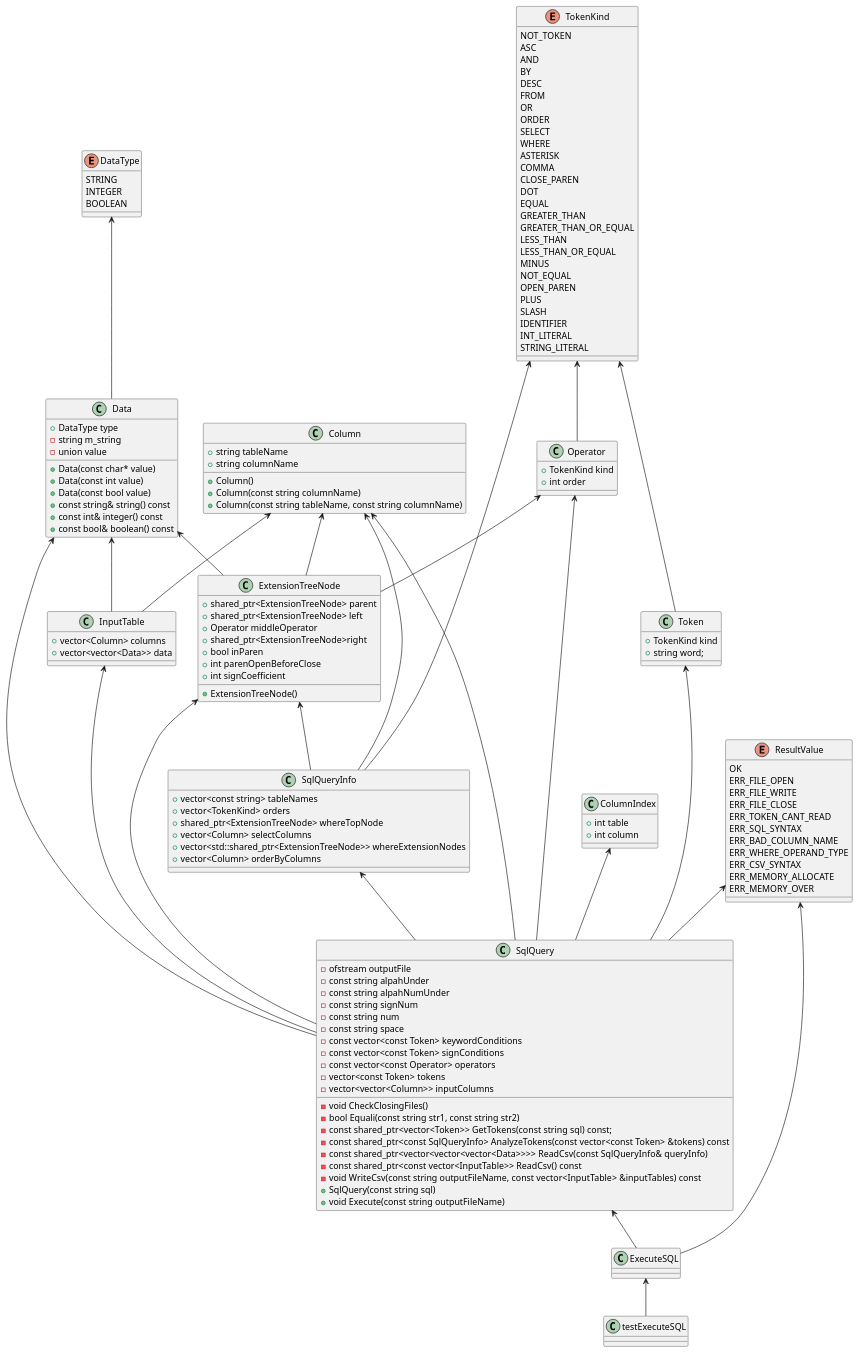
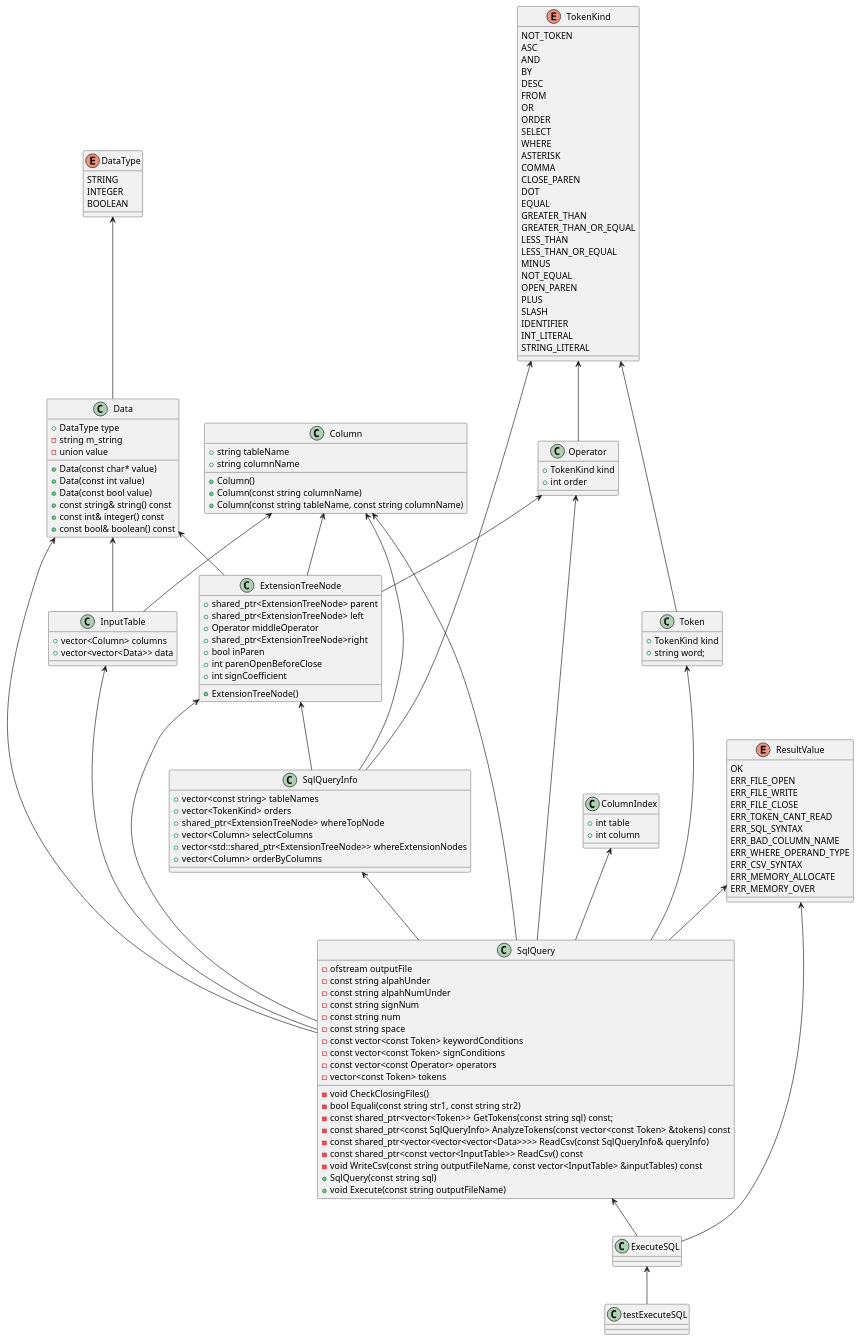
One commit to yotten/TinySQL changed the diagram in ExecuteSQL.pu. Above: the diagram before and after it, drawn with PlantUML. The commit also changed 1 other file, not shown here.

Commit message:
141.SqlQueryのインターフェースのconstの見直し3(inputColumns削除)
[----------] Global test environment tear-down
[==========] 213 tests from 1 test case ran. (5833 ms total)
[  PASSED  ] 213 tests.

```diff
--- a/ExecuteSQL.pu
+++ b/ExecuteSQL.pu
@@ -1,158 +1,157 @@
 @startuml
 
 class testExecuteSQL {}
 class SqlQueryInfo {
 	+vector<const string> tableNames
 	+vector<TokenKind> orders
 	+shared_ptr<ExtensionTreeNode> whereTopNode
 	+vector<Column> selectColumns
 	+vector<std::shared_ptr<ExtensionTreeNode>> whereExtensionNodes
 	+vector<Column> orderByColumns
 }
 class SqlQuery {
 	-ofstream outputFile
 	-const string alpahUnder
 	-const string alpahNumUnder
 	-const string signNum
 	-const string num
 	-const string space
 	-const vector<const Token> keywordConditions
 	-const vector<const Token> signConditions
 	-const vector<const Operator> operators
 	-vector<const Token> tokens
-	-vector<vector<Column>> inputColumns
 	-void CheckClosingFiles()
 	-bool Equali(const string str1, const string str2)
 	-const shared_ptr<vector<Token>> GetTokens(const string sql) const;
 	-const shared_ptr<const SqlQueryInfo> AnalyzeTokens(const vector<const Token> &tokens) const
 	-const shared_ptr<vector<vector<vector<Data>>>> ReadCsv(const SqlQueryInfo& queryInfo)
 	-const shared_ptr<const vector<InputTable>> ReadCsv() const
 	-void WriteCsv(const string outputFileName, const vector<InputTable> &inputTables) const
 	+SqlQuery(const string sql)
 	+void Execute(const string outputFileName)
 }
 class ExecuteSQL {
 	
 }
 
 class InputTable {
 	+vector<Column> columns
 	+vector<vector<Data>> data
 }
 
 class Data {
     +DataType type
 	-string m_string
 	-union value
 	+Data(const char* value)
 	+Data(const int value)
 	+Data(const bool value)
 	+const string& string() const
 	+const int& integer() const
 	+const bool& boolean() const
 }
 class Operator{
     +TokenKind kind
     +int order
 }
 class Token{
     +TokenKind kind
     +string word;
 }
 class ExtensionTreeNode{
 	+shared_ptr<ExtensionTreeNode> parent
 	+shared_ptr<ExtensionTreeNode> left
 	+Operator middleOperator
 	+shared_ptr<ExtensionTreeNode>right
 	+bool inParen
 	+int parenOpenBeforeClose
 	+int signCoefficient
 	+ExtensionTreeNode()
 }
 class ColumnIndex{
     +int table
     +int column
 }
 class Column{
     +string tableName
     +string columnName
     +Column()
     +Column(const string columnName)
     +Column(const string tableName, const string columnName)
 }
 enum DataType{
    	STRING
 	INTEGER
 	BOOLEAN
 }
 enum TokenKind{
     NOT_TOKEN
 	ASC
 	AND
 	BY
 	DESC
 	FROM
 	OR
 	ORDER
 	SELECT
 	WHERE
 	ASTERISK
 	COMMA
 	CLOSE_PAREN
 	DOT
 	EQUAL
 	GREATER_THAN
 	GREATER_THAN_OR_EQUAL
 	LESS_THAN
 	LESS_THAN_OR_EQUAL
 	MINUS
 	NOT_EQUAL
 	OPEN_PAREN
 	PLUS
 	SLASH
 	IDENTIFIER
 	INT_LITERAL
 	STRING_LITERAL
 }
 enum ResultValue{
     OK
 	ERR_FILE_OPEN
 	ERR_FILE_WRITE
 	ERR_FILE_CLOSE
 	ERR_TOKEN_CANT_READ
 	ERR_SQL_SYNTAX
 	ERR_BAD_COLUMN_NAME
 	ERR_WHERE_OPERAND_TYPE
 	ERR_CSV_SYNTAX
 	ERR_MEMORY_ALLOCATE
 	ERR_MEMORY_OVER
 }
 
 ExecuteSQL <-- testExecuteSQL
 SqlQuery <-- ExecuteSQL
 ResultValue <-- ExecuteSQL
 
 Data <-- SqlQuery
 Operator <-- SqlQuery
 Token <-- SqlQuery
 ExtensionTreeNode <-- SqlQuery
 ColumnIndex <-- SqlQuery
 Column <-- SqlQuery
 ResultValue <-- SqlQuery
 SqlQueryInfo <-- SqlQuery
 InputTable <-- SqlQuery
 
 Column <-- InputTable
 Data <-- InputTable
 
 Column <-- SqlQueryInfo
 TokenKind <-- SqlQueryInfo
 ExtensionTreeNode <-- SqlQueryInfo
 
 DataType <-- Data
 TokenKind <-- Token
 TokenKind <-- Operator
 Operator <-- ExtensionTreeNode
 Column <-- ExtensionTreeNode
 Data <-- ExtensionTreeNode
 @enduml
```
